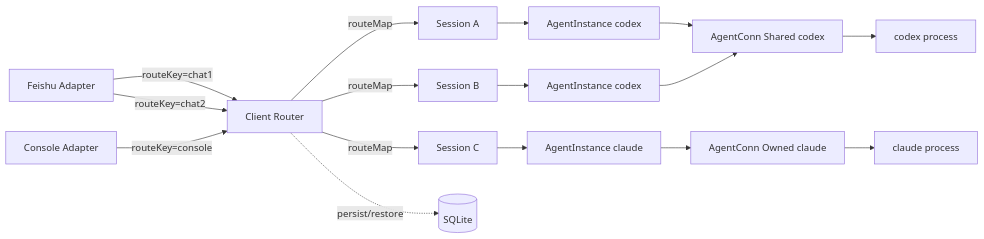
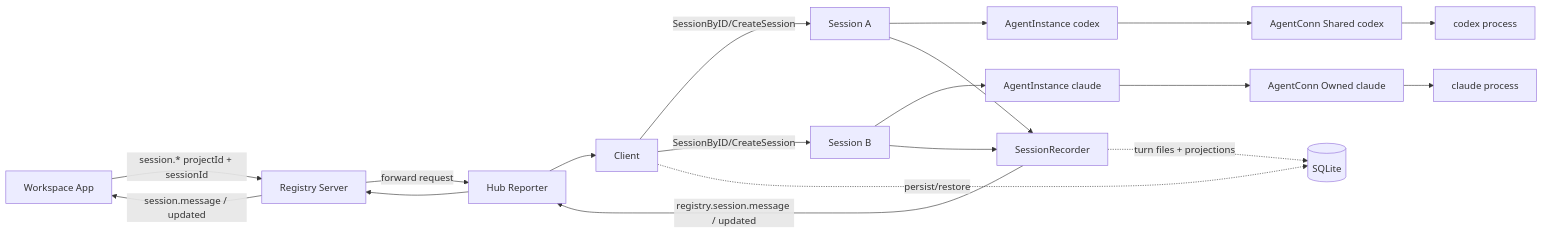
The first of 2 diagrams in docs/architecture-3.0.md (swm8023/WheelMaker), drawn with Mermaid before and after one commit. The commit also changed other lines of this file and 2 other files, not shown here.

Commit message:
docs: align architecture with app-only sessions

````diff
--- a/docs/architecture-3.0.md
+++ b/docs/architecture-3.0.md
@@ -98,38 +108,38 @@
 ```mermaid
 flowchart LR
-    IM1[Feishu Adapter]
-    IM2[Console Adapter]
-    C[Client Router]
+    App[Workspace App]
+    R[Registry Server]
+    H[Hub Reporter]
+    C[Client]
+    Rec[SessionRecorder]
     S1[Session A]
     S2[Session B]
-    S3[Session C]
     I1[AgentInstance codex]
-    I2[AgentInstance codex]
-    I3[AgentInstance claude]
+    I2[AgentInstance claude]
     ACs[AgentConn Shared codex]
     ACo[AgentConn Owned claude]
     P1[codex process]
     P2[claude process]
     DB[(SQLite)]
 
-    IM1 -->|routeKey=chat1| C
-    IM1 -->|routeKey=chat2| C
-    IM2 -->|routeKey=console| C
-
-    C -->|routeMap| S1
-    C -->|routeMap| S2
-    C -->|routeMap| S3
+    App -->|session.* projectId + sessionId| R
+    R -->|forward request| H
+    H --> C
+    C -->|SessionByID/CreateSession| S1
+    C -->|SessionByID/CreateSession| S2
 
     S1 --> I1
     S2 --> I2
-    S3 --> I3
-
     I1 --> ACs
-    I2 --> ACs
+    I2 --> ACo
     ACs --> P1
-
-    I3 --> ACo
     ACo --> P2
 
+    S1 --> Rec
+    S2 --> Rec
+    Rec -->|registry.session.message / updated| H
+    H --> R
+    R -->|session.message / updated| App
     C -.->|persist/restore| DB
+    Rec -.->|turn files + projections| DB
 ```
````
